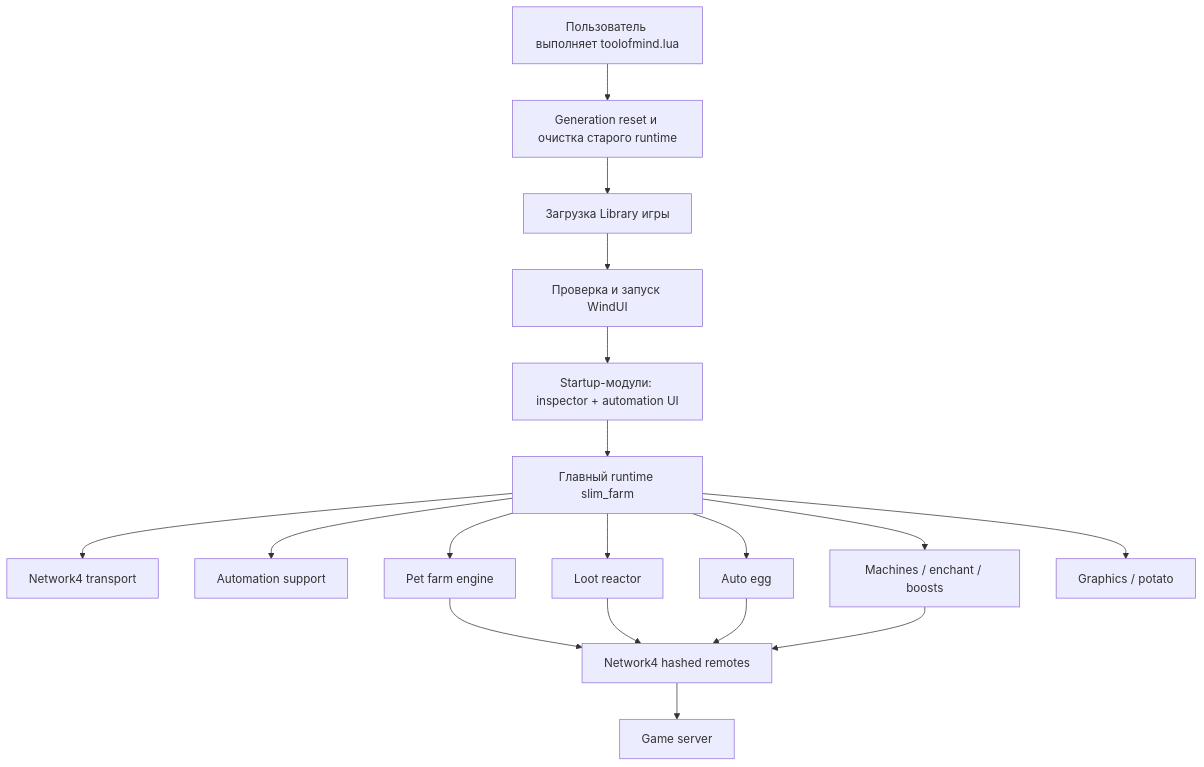
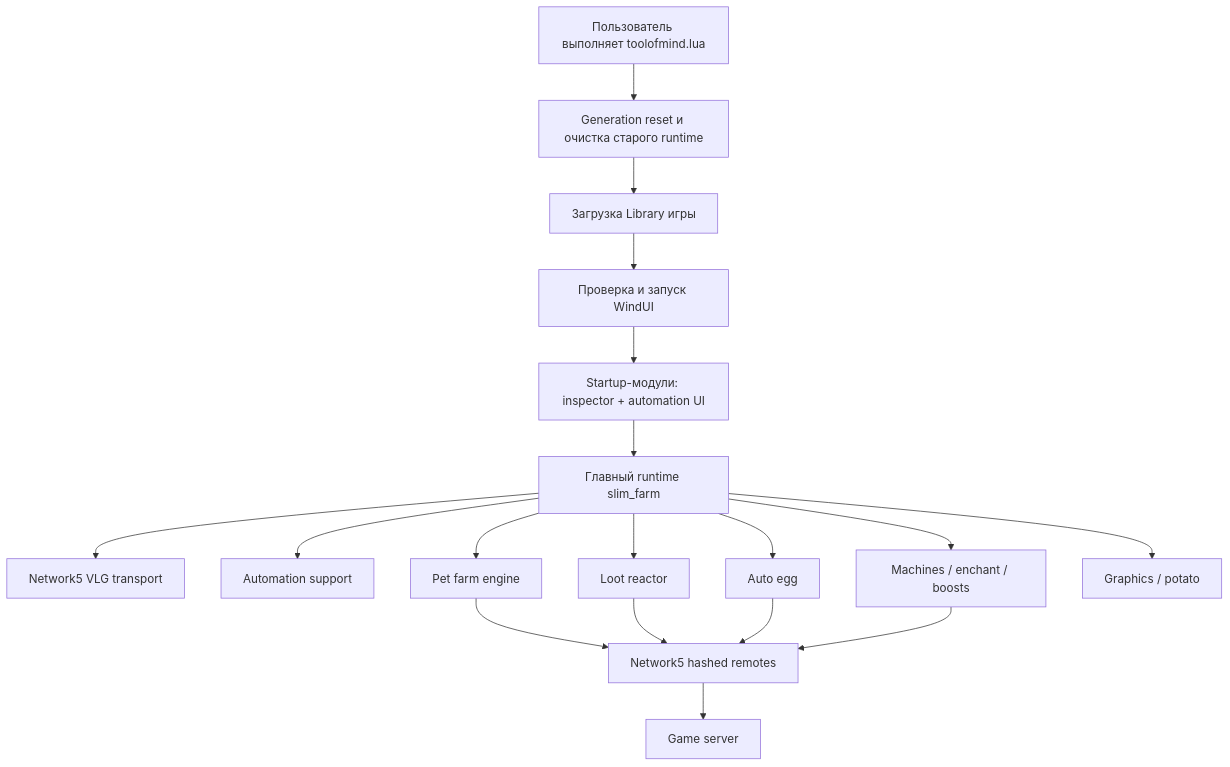
Before and after one commit to destr0f/toolofmind: the first of 12 diagrams in PROJECT_ARCHITECTURE_MAP.md, drawn with Mermaid. The commit also changed other lines of this file and 7 other files, not shown here.

Commit message:
fix(network5): resolve current VLG hashed routes

````diff
--- a/PROJECT_ARCHITECTURE_MAP.md
+++ b/PROJECT_ARCHITECTURE_MAP.md
@@ -28,20 +28,20 @@
 ```mermaid
 flowchart TD
     U["Пользователь выполняет toolofmind.lua"] --> G["Generation reset и очистка старого runtime"]
     G --> L["Загрузка Library игры"]
     L --> W["Проверка и запуск WindUI"]
     W --> S["Startup-модули: inspector + automation UI"]
     S --> M["Главный runtime slim_farm"]
-    M --> N["Network4 transport"]
+    M --> N["Network5 VLG transport"]
     M --> A["Automation support"]
     M --> F["Pet farm engine"]
     M --> O["Loot reactor"]
     M --> E["Auto egg"]
     M --> C["Machines / enchant / boosts"]
     M --> P["Graphics / potato"]
-    F --> R["Network4 hashed remotes"]
+    F --> R["Network5 hashed remotes"]
     O --> R
     E --> R
     C --> R
     R --> GS["Game server"]
 ```
````
